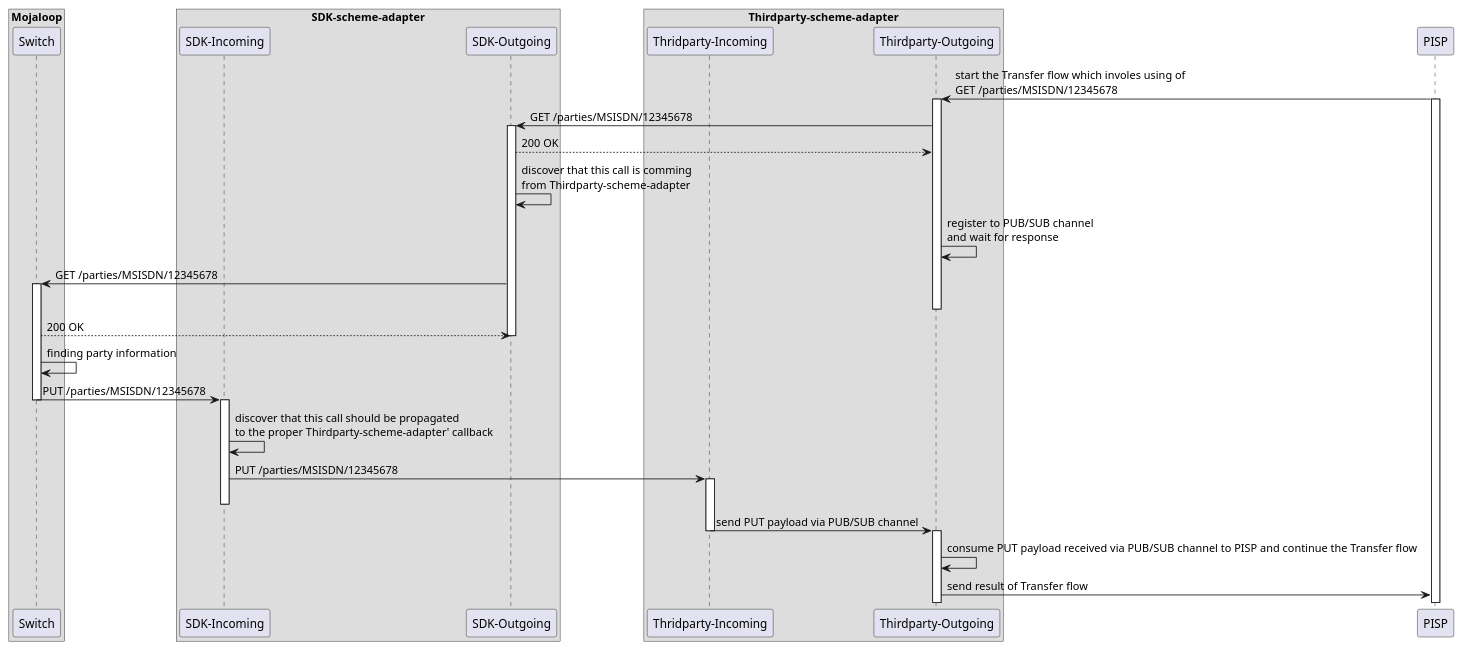
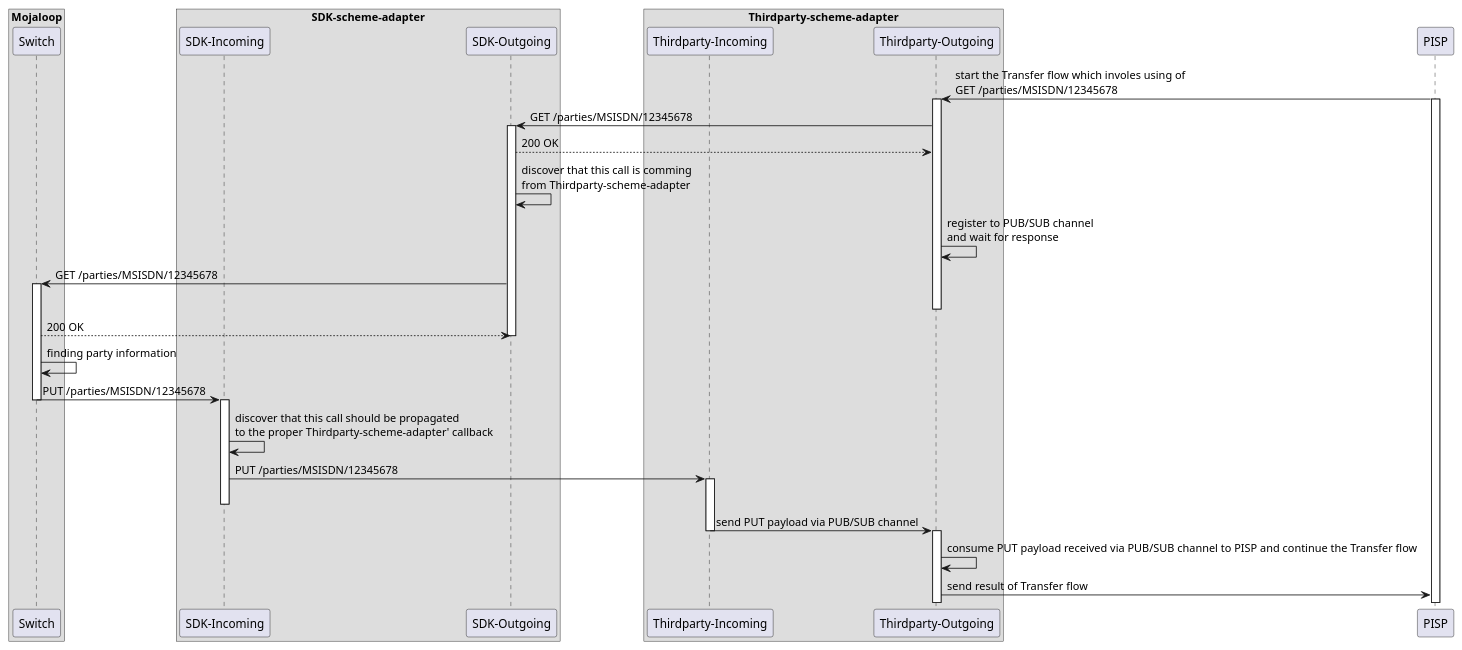
The diagram in docs/design-decisions/tandem_async_proxy.puml (mojaloop/pisp-project), drawn with PlantUML before and after one commit. The commit also changed 8 other files, not shown here.

```diff
--- a/docs/design-decisions/tandem_async_proxy.puml
+++ b/docs/design-decisions/tandem_async_proxy.puml
@@ -1,48 +1,48 @@
 @startuml
 
 box "Mojaloop"
   participant Switch as S
 end box
 
 box "SDK-scheme-adapter" 
   participant "SDK-Incoming" as Sin
   participant "SDK-Outgoing" as Sout
 end box
 box "Thirdparty-scheme-adapter"
-  participant "Thridparty-Incoming" as Tin
+  participant "Thirdparty-Incoming" as Tin
   participant "Thirdparty-Outgoing" as Tout
 end box
 
 participant PISP as P
 
 P -> Tout: start the Transfer flow which involes using of\nGET /parties/MSISDN/12345678
 activate P
 activate Tout
 
 Tout -> Sout: GET /parties/MSISDN/12345678
 activate Sout
 Sout --> Tout: 200 OK
 Sout -> Sout: discover that this call is comming\nfrom Thirdparty-scheme-adapter
 Tout -> Tout: register to PUB/SUB channel\nand wait for response
 
 Sout -> S: GET /parties/MSISDN/12345678
 activate S
 deactivate Tout
 S --> Sout: 200 OK
 deactivate Sout
 
 S -> S: finding party information
 
 S -> Sin: PUT /parties/MSISDN/12345678
 deactivate S
 activate Sin
 Sin -> Sin: discover that this call should be propagated\nto the proper Thirdparty-scheme-adapter' callback
 Sin -> Tin: PUT /parties/MSISDN/12345678
 activate Tin
 deactivate Sin
 Tin -> Tout: send PUT payload via PUB/SUB channel
 deactivate Tin
 activate Tout
 Tout -> Tout: consume PUT payload received via PUB/SUB channel to PISP and continue the Transfer flow
 Tout -> P: send result of Transfer flow
 @enduml
```
